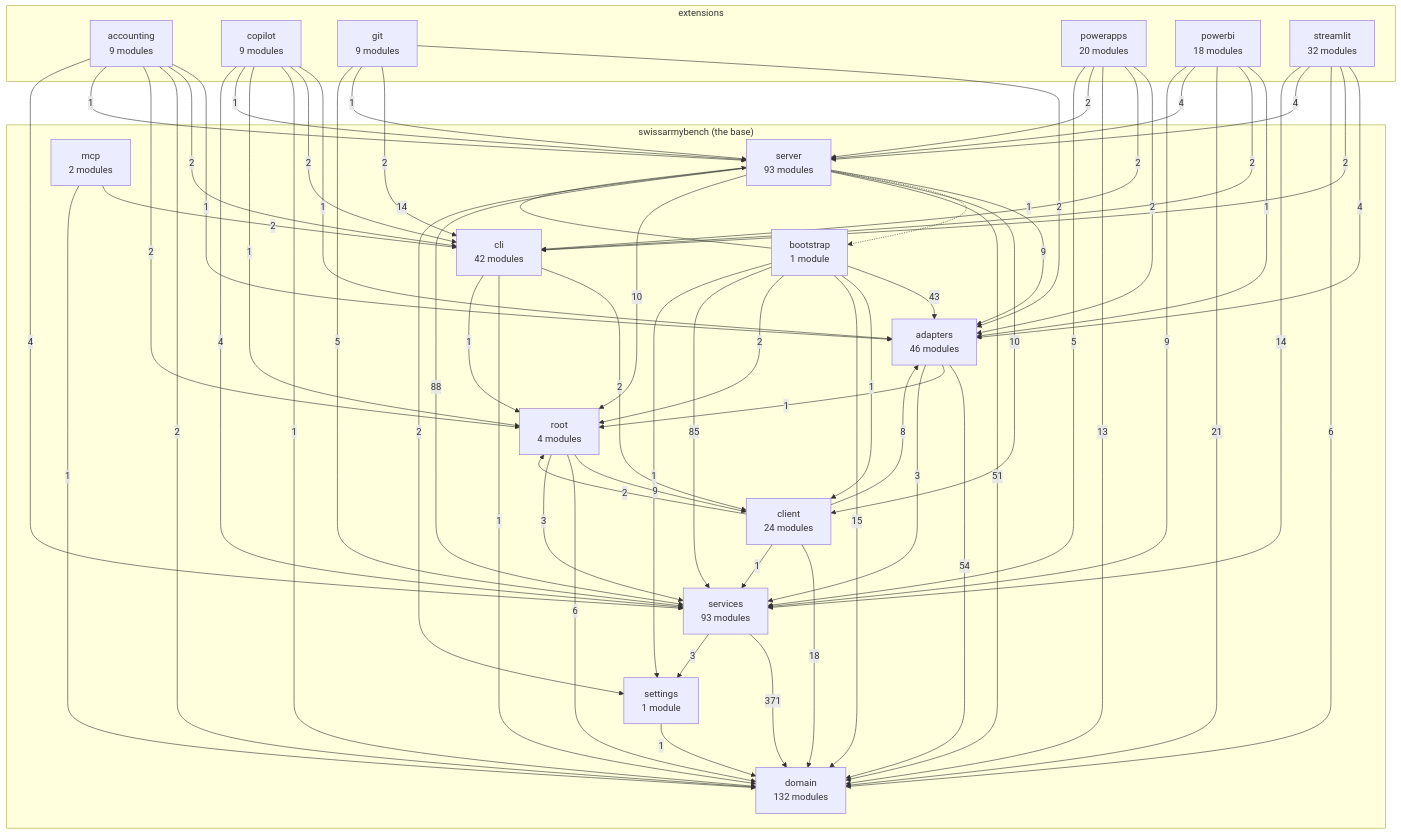
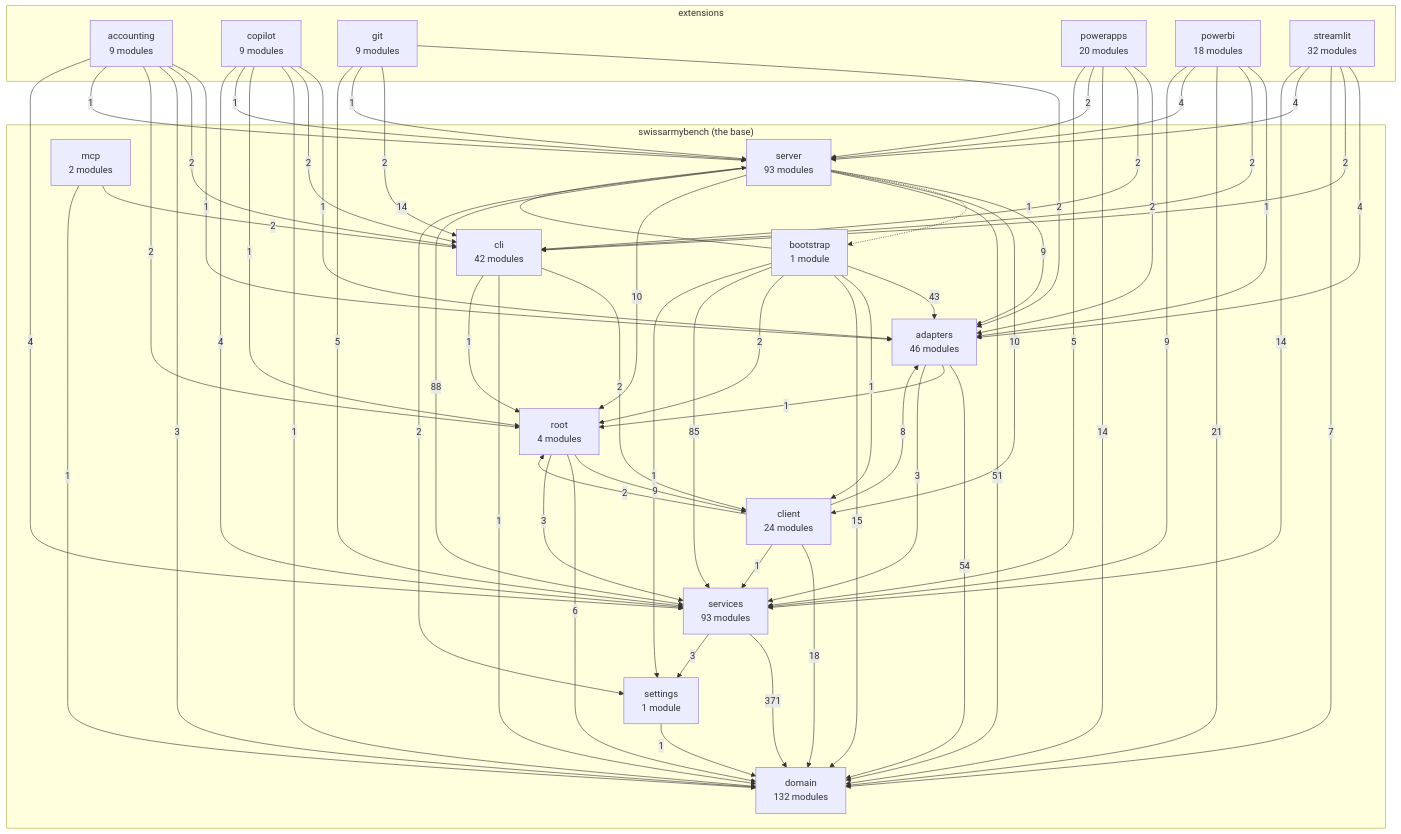
Before and after one commit to DylanCodyBrown/SwissArmyBench: the diagram in docs/architecture-map.md, drawn with Mermaid. The commit also changed other lines of this file and 10 other files, not shown here.

```diff
--- a/docs/architecture-map.md
+++ b/docs/architecture-map.md
@@ -55,7 +55,7 @@
     client -->|1| services
     ext_accounting -->|1| adapters
     ext_accounting -->|2| cli
-    ext_accounting -->|2| domain
+    ext_accounting -->|3| domain
     ext_accounting -->|2| root
     ext_accounting -->|1| server
     ext_accounting -->|4| services
@@ -71,7 +71,7 @@
     ext_git -->|5| services
     ext_powerapps -->|2| adapters
     ext_powerapps -->|2| cli
-    ext_powerapps -->|13| domain
+    ext_powerapps -->|14| domain
     ext_powerapps -->|2| server
     ext_powerapps -->|5| services
     ext_powerbi -->|1| adapters
@@ -81,7 +81,7 @@
     ext_powerbi -->|9| services
     ext_streamlit -->|4| adapters
     ext_streamlit -->|2| cli
-    ext_streamlit -->|6| domain
+    ext_streamlit -->|7| domain
     ext_streamlit -->|4| server
     ext_streamlit -->|14| services
     mcp -->|2| cli
```
